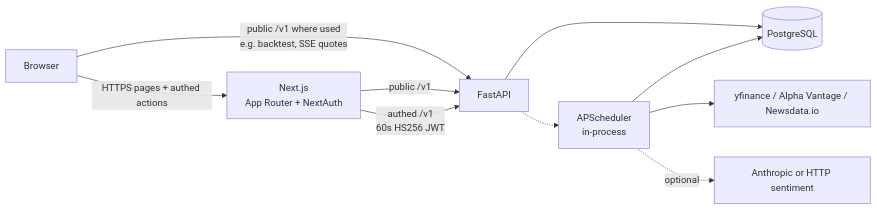
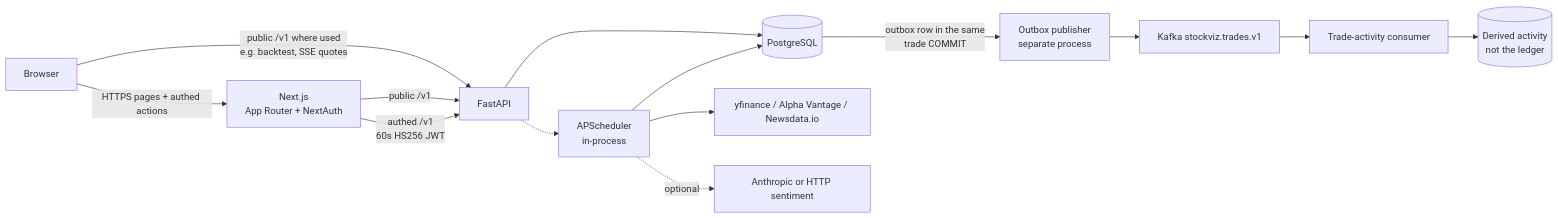
One commit to itsmanudon/stock-viz-simulator changed the diagram in README.md. Above: the diagram before and after it, drawn with Mermaid. The commit also changed other lines of this file and 5 other files, not shown here.

First line of the commit message:
docs: document the transactional outbox and Kafka trade.executed slice

````diff
--- a/README.md
+++ b/README.md
@@ -43,12 +43,16 @@
 ```mermaid
 flowchart LR
   Browser -->|"HTTPS pages + authed actions"| Web["Next.js<br/>App Router + NextAuth"]
   Browser -->|"public /v1 where used<br/>e.g. backtest, SSE quotes"| API["FastAPI"]
   Web -->|"public /v1"| API
   Web -->|"authed /v1<br/>60s HS256 JWT"| API
   API --> PG[("PostgreSQL")]
   API -.-> Sch["APScheduler<br/>in-process"]
   Sch --> PG
   Sch --> Ext["yfinance / Alpha Vantage / Newsdata.io"]
   Sch -.->|"optional"| Sent["Anthropic or HTTP sentiment"]
+  PG -->|"outbox row in the same<br/>trade COMMIT"| Pub["Outbox publisher<br/>separate process"]
+  Pub --> Kafka["Kafka stockviz.trades.v1"]
+  Kafka --> Cons["Trade-activity consumer"]
+  Cons --> Derived[("Derived activity<br/>not the ledger")]
 ```
````
